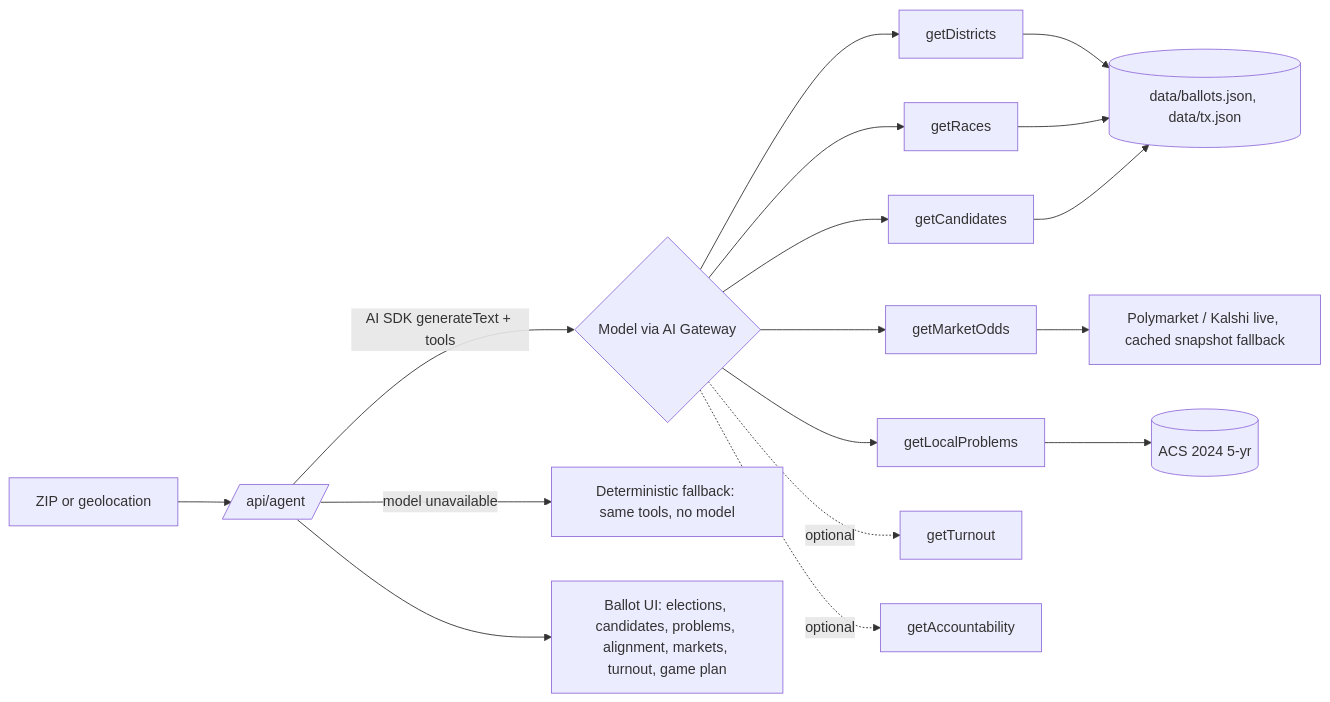
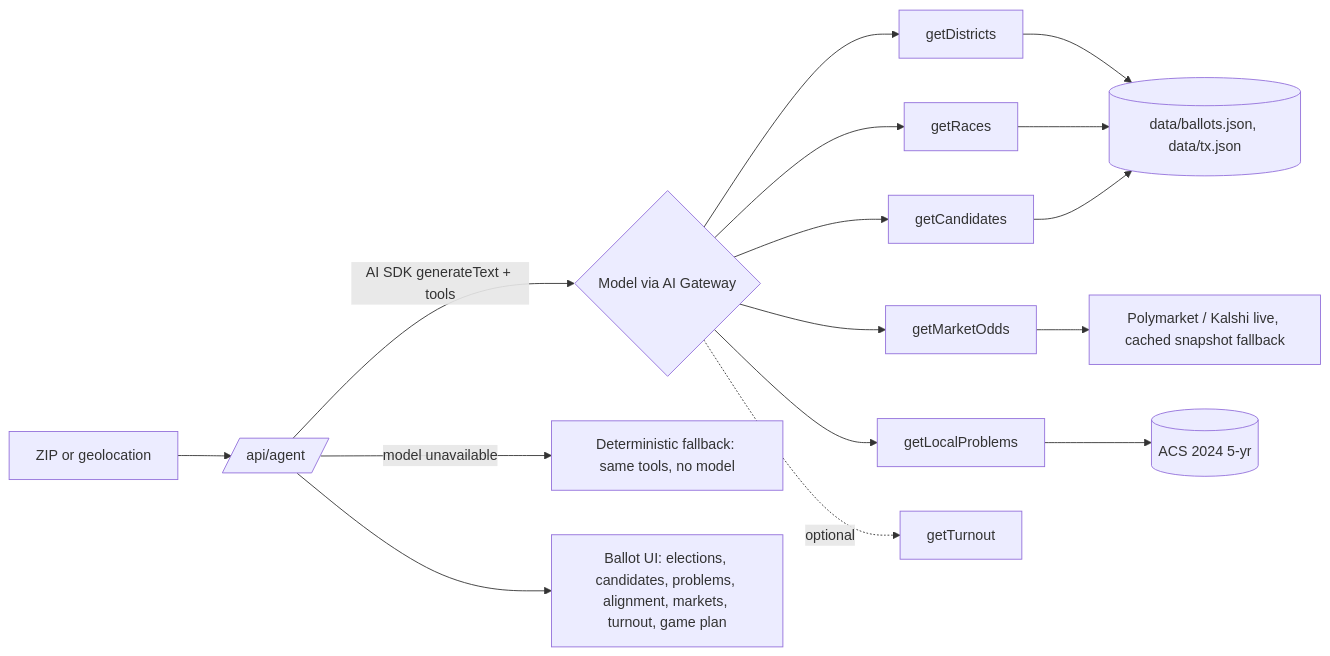
One commit to adamtpang/townhall.town changed the diagram in README.md. Above: the diagram before and after it, drawn with Mermaid. The commit also changed other lines of this file and 23 other files, not shown here.

````diff
--- a/README.md
+++ b/README.md
@@ -27,12 +27,12 @@
 ```mermaid
 flowchart LR
   U[ZIP or geolocation] --> A[/api/agent/]
   A -->|AI SDK generateText + tools| M{Model via AI Gateway}
   M --> T1[getDistricts] & T2[getRaces] & T3[getCandidates] & T4[getMarketOdds] & T5[getLocalProblems]
-  M -.optional.-> T6[getTurnout] & T7[getAccountability]
+  M -.optional.-> T6[getTurnout]
   A -->|model unavailable| F[Deterministic fallback: same tools, no model]
   T1 & T2 & T3 --> D[(data/ballots.json, data/tx.json)]
   T4 --> P[Polymarket / Kalshi live, cached snapshot fallback]
   T5 --> C[(ACS 2024 5-yr)]
   A --> UI[Ballot UI: elections, candidates, problems, alignment, markets, turnout, game plan]
 ```
````
